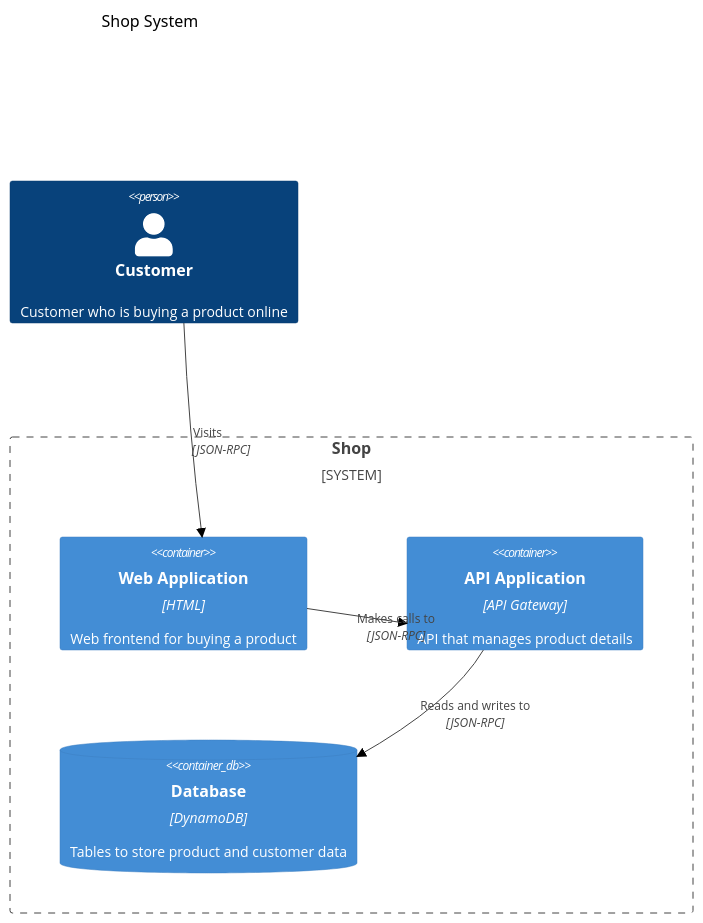
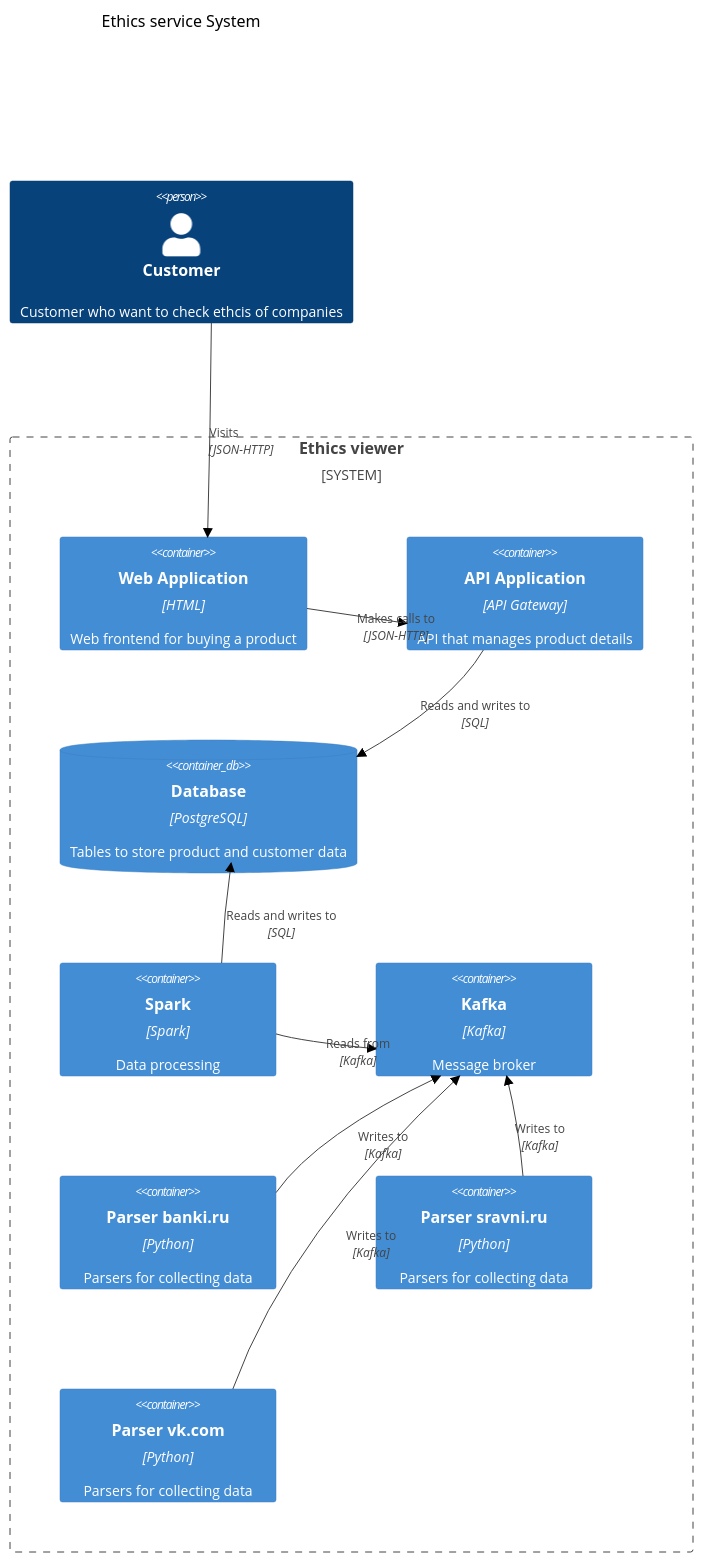
One commit to gevaland/hw-1_c4-mermaid changed the third of 4 diagrams in docs/README.md. Above: the diagram before and after it, drawn with Mermaid (neutral theme). The commit also changed other lines of this file, not shown here.

````diff
--- a/docs/README.md
+++ b/docs/README.md
@@ -30,18 +56,29 @@
 ```mermaid
 C4Context
-    accTitle: Shop System
+    accTitle: Ethics service System
     accDescr: Containers
 
-    Person(person, "Customer", "Customer who is buying a product online")
+    Person(person, "Customer", "Customer who want to check ethcis of companies")
 
-    System_Boundary(webApp, "Shop", "Allows customers to search, view and purchase products") {
+    System_Boundary(webApp, "Ethics viewer", "Allows customers to search, view and purchase products") {
         Container(webApp, "Web Application", "HTML", "Web frontend for buying a product")
         Container(api, "API Application", "API Gateway", "API that manages product details")
-        ContainerDb(db, "Database", "DynamoDB", "Tables to store product and customer data")
+        ContainerDb(db, "Database", "PostgreSQL", "Tables to store product and customer data")
+        Container(spark, "Spark", "Spark", "Data processing")
+        Container(kafka, "Kafka", "Kafka", "Message broker")
+        Container(parserb, "Parser banki.ru", "Python", "Parsers for collecting data")
+        Container(parsers, "Parser sravni.ru", "Python", "Parsers for collecting data")
+        Container(parserv, "Parser vk.com", "Python", "Parsers for collecting data")
+        
 
-        Rel(webApp, api, "Makes calls to", "JSON-RPC")
-        Rel(api, db, "Reads and writes to", "JSON-RPC")
+        Rel(webApp, api, "Makes calls to", "JSON-HTTP")
+        Rel(api, db, "Reads and writes to", "SQL")
+        Rel(parserb, kafka, "Writes to", "Kafka")
+        Rel(parsers, kafka, "Writes to", "Kafka")
+        Rel(parserv, kafka, "Writes to", "Kafka")
+        Rel(spark, kafka, "Reads from", "Kafka")
+        Rel(spark, db, "Reads and writes to", "SQL")
     }
 
-    Rel(person, webApp, "Visits", "JSON-RPC")
+    Rel(person, webApp, "Visits", "JSON-HTTP")
 ```
````
